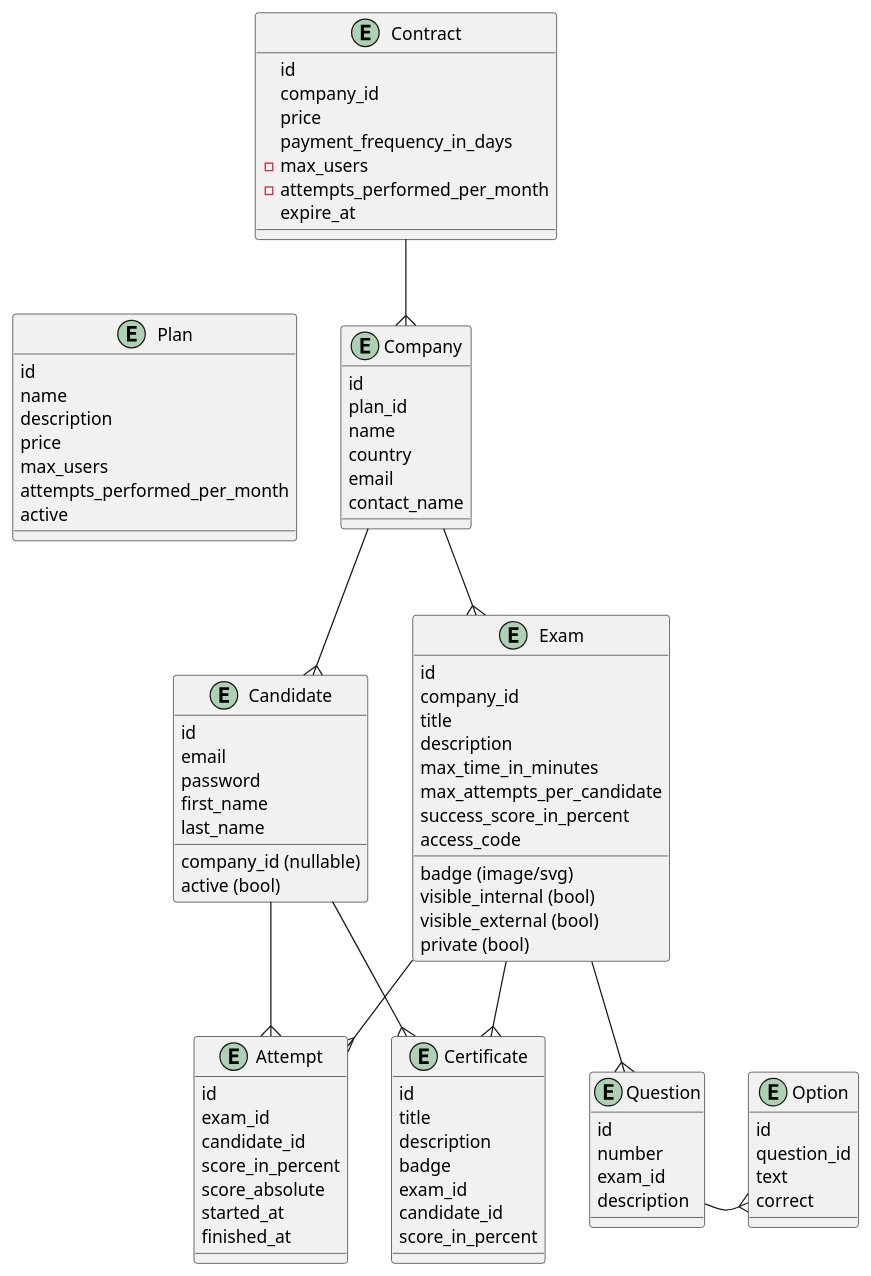
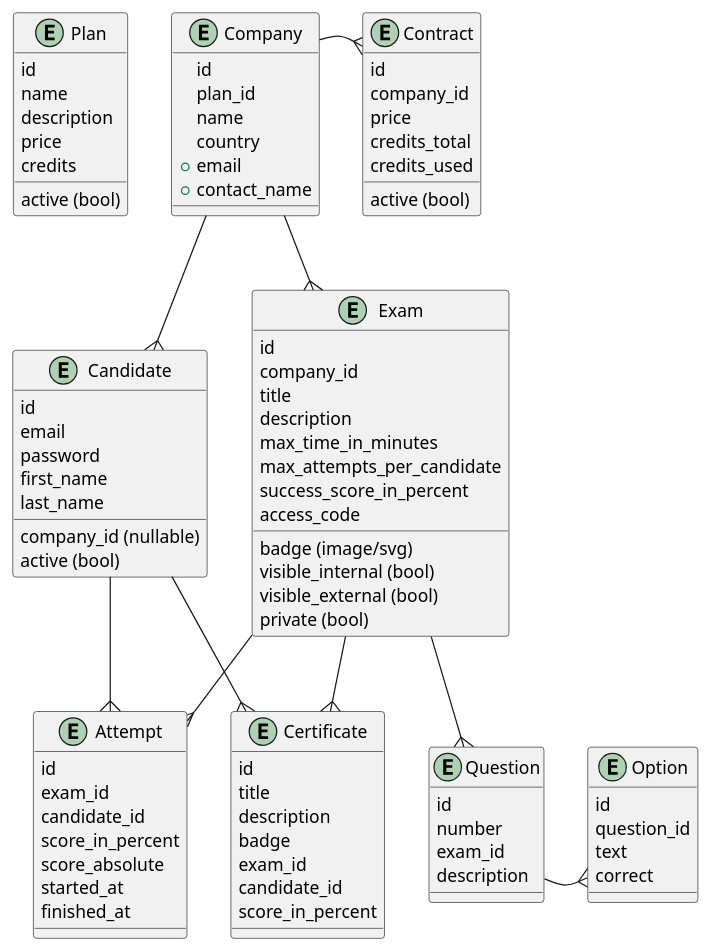
The diagram in database.puml (danielarcher/mymicrocerts), drawn with PlantUML before and after one commit. The commit also changed 14 other files, not shown here.

```diff
--- a/database.puml
+++ b/database.puml
@@ -1,100 +1,99 @@
 @startuml
 entity Plan {
     id
     name
     description
     price
-    max_users
-    attempts_performed_per_month
-    active
+    credits
+    active (bool)
 }
 entity Contract {
     id
     company_id
     price
-    payment_frequency_in_days
-    -max_users
-    -attempts_performed_per_month
-    expire_at
+    credits_total
+    credits_used
+    active (bool)
 }
 entity Company {
     id
     plan_id
     name
     country
-    email
-    contact_name
+    +email
+    +contact_name
 }
 
 entity Candidate {
     id
     company_id (nullable)
     email
     password
     first_name
     last_name
     active (bool)
 }
 
 entity Exam {
     id
     company_id
     title
     description
     badge (image/svg)
     max_time_in_minutes
     max_attempts_per_candidate
     success_score_in_percent
     visible_internal (bool)
     visible_external (bool)
     private (bool)
     access_code
 }
 
 entity Attempt {
     id
     exam_id
     candidate_id
     score_in_percent
     score_absolute
     started_at
     finished_at
 }
 
 entity Question {
     id
     number
     exam_id
     description
 }
 
 entity Option {
     id
     question_id
     text
     correct
 }
 
 entity Certificate {
     id
     title
     description
     badge
     exam_id
     candidate_id
     score_in_percent
 }
 
 Plan -[hidden] Company
-Contract --{ Company
+Company -[hidden] Contract
+Contract }-- Company
 Company --{ Candidate
 Company --{ Exam
 Exam --{ Question
 Exam --{ Attempt
 Candidate --{ Attempt
 Exam --{ Certificate
 Candidate --{ Certificate
 Question --{ Option
 Question -[hidden] Option
 
 @enduml
```
